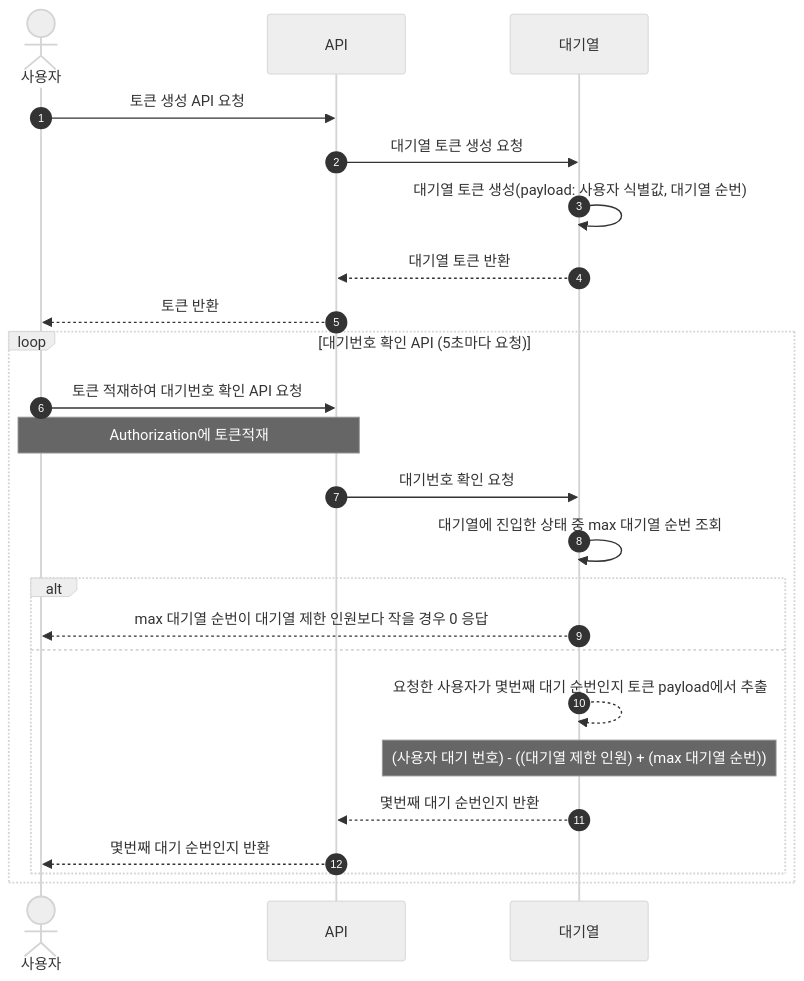
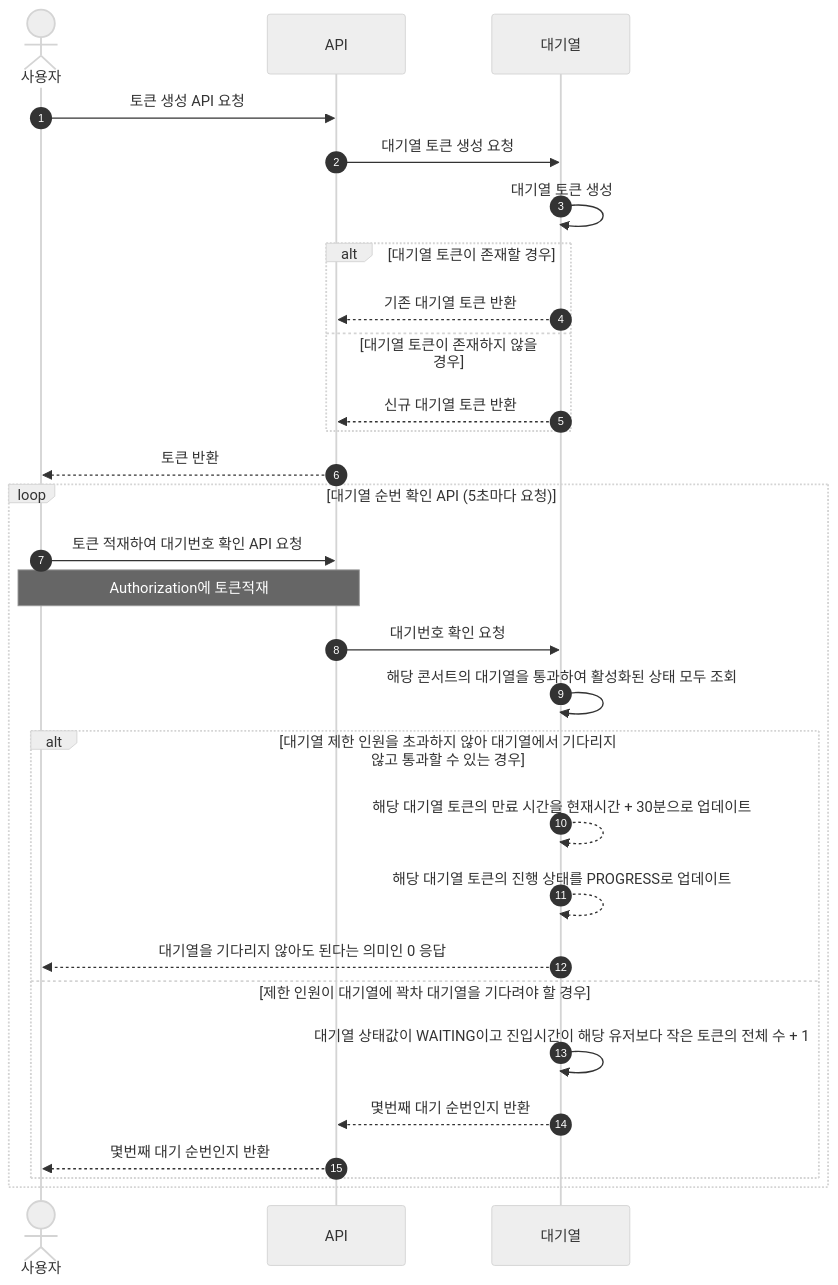
The first of 7 diagrams in docs/sequence.md (jikimee64/hhplus-concert), drawn with Mermaid (neutral theme) before and after one commit. The commit also changed other lines of this file and 83 other files, not shown here.

First line of the commit message:
feat: 콘서트 대기열 서비스 API 구현

````diff
--- a/docs/sequence.md
+++ b/docs/sequence.md
@@ -5,26 +5,31 @@
 ```mermaid
 sequenceDiagram
     autonumber
     actor 사용자 as 사용자
     participant API as API
     participant 대기열 as 대기열
     사용자 ->> API: 토큰 생성 API 요청
     API ->> 대기열: 대기열 토큰 생성 요청
-    대기열 ->> 대기열: 대기열 토큰 생성(payload: 사용자 식별값, 대기열 순번)
-    대기열 -->> API: 대기열 토큰 반환
+    대기열 ->> 대기열: 대기열 토큰 생성
+    alt 대기열 토큰이 존재할 경우
+        대기열 -->> API: 기존 대기열 토큰 반환
+    else 대기열 토큰이 존재하지 않을 경우
+        대기열 -->> API: 신규 대기열 토큰 반환
+    end
     API -->> 사용자: 토큰 반환
-    loop 대기번호 확인 API (5초마다 요청)
+    loop 대기열 순번 확인 API (5초마다 요청)
         사용자 ->> API: 토큰 적재하여 대기번호 확인 API 요청
         Note over 사용자, API: Authorization에 토큰적재
         API ->> 대기열: 대기번호 확인 요청
-        대기열 ->> 대기열: 대기열에 진입한 상태 중 max 대기열 순번 조회
-        alt
-            대기열 -->> 사용자: max 대기열 순번이 대기열 제한 인원보다 작을 경우 0 응답
-        else
-            대기열 -->> 대기열: 요청한 사용자가 몇번째 대기 순번인지 토큰 payload에서 추출
-            Note over 대기열, 대기열: (사용자 대기 번호) - ((대기열 제한 인원) + (max 대기열 순번))
+        대기열 ->> 대기열: 해당 콘서트의 대기열을 통과하여 활성화된 상태 모두 조회
+        alt 대기열 제한 인원을 초과하지 않아 대기열에서 기다리지 않고 통과할 수 있는 경우
+            대기열 -->> 대기열: 해당 대기열 토큰의 만료 시간을 현재시간 + 30분으로 업데이트
+            대기열 -->> 대기열: 해당 대기열 토큰의 진행 상태를 PROGRESS로 업데이트
+            대기열 -->> 사용자: 대기열을 기다리지 않아도 된다는 의미인 0 응답
+        else 제한 인원이 대기열에 꽉차 대기열을 기다려야 할 경우
+            대기열 ->> 대기열: 대기열 상태값이 WAITING이고 진입시간이 해당 유저보다 작은 토큰의 전체 수 + 1
             대기열 -->> API: 몇번째 대기 순번인지 반환
             API -->> 사용자: 몇번째 대기 순번인지 반환
         end
     end
 ```
````
